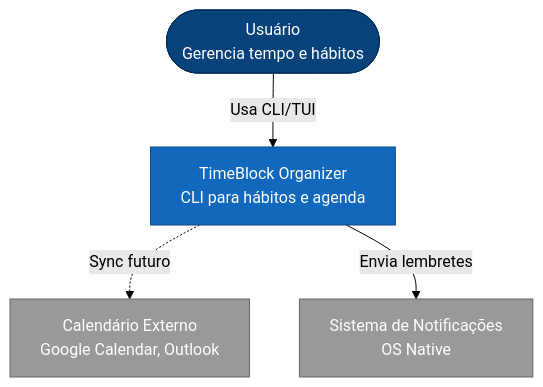
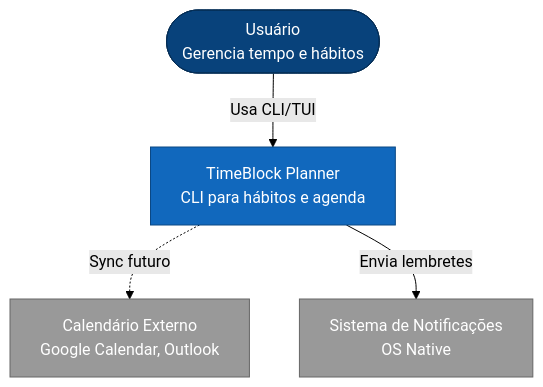
One commit to fabiodelllima/atomvs-timeblock-terminal changed the diagram in docs/diagrams/c4-model/L1-system-context.md. Above: the diagram before and after it, drawn with Mermaid (forest theme). The commit also changed other lines of this file and 18 other files, not shown here.

Commit message:
docs: Renomeia TimeBlock Organizer para TimeBlock Planner em toda a codebase

````diff
--- a/docs/diagrams/c4-model/L1-system-context.md
+++ b/docs/diagrams/c4-model/L1-system-context.md
@@ -3,18 +3,18 @@
 ```mermaid
 graph TB
     User([Usuário<br/>Gerencia tempo e hábitos])
 
-    TimeBlock[TimeBlock Organizer<br/>CLI para hábitos e agenda]
+    TimeBlock[TimeBlock Planner<br/>CLI para hábitos e agenda]
 
     Calendar[Calendário Externo<br/>Google Calendar, Outlook]
     Notification[Sistema de Notificações<br/>OS Native]
 
     User -->|Usa CLI/TUI| TimeBlock
     TimeBlock -.->|Sync futuro| Calendar
     TimeBlock -->|Envia lembretes| Notification
 
     style TimeBlock fill:#1168bd,stroke:#0b4884,color:#fff
     style Calendar fill:#999,stroke:#666,color:#fff
     style Notification fill:#999,stroke:#666,color:#fff
     style User fill:#08427b,stroke:#052e56,color:#fff
 ```
````
